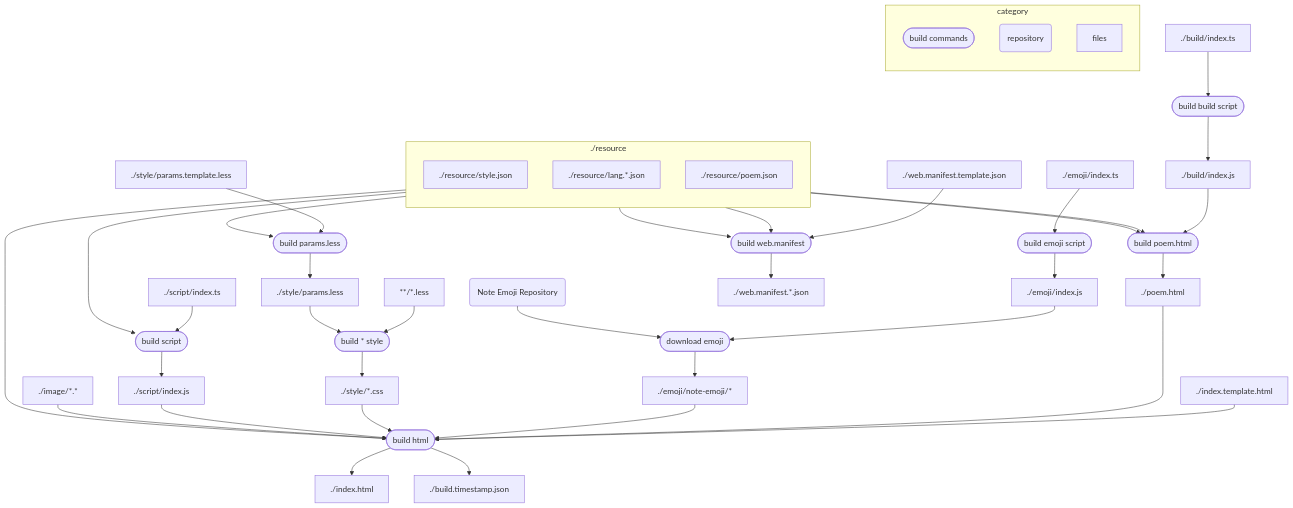
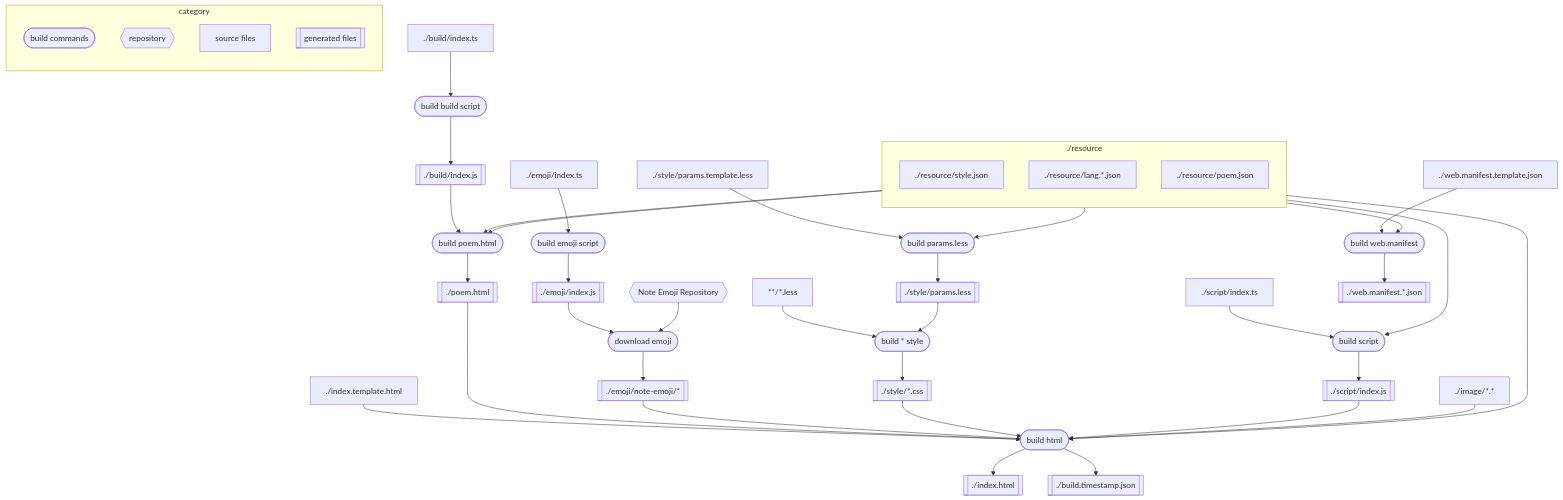
Before and after one commit to wraith13/cyclic-todo: the diagram in README.md, drawn with Mermaid. The commit also changed 7 other files, not shown here.

````diff
--- a/README.md
+++ b/README.md
@@ -40,39 +40,39 @@
 ```mermaid
 graph TB;
     subgraph category
         direction TB;
         bc([build commands]);
-        r(repository);
-        files;
+        r{{repository}};
+        sf[source files];
+        gf[[generated files]];
     end
     subgraph ./resource
         direction TB;
         ./resource/style.json;
         ./resource/lang.*.json;
         ./resource/poem.json;
     end
     ./resource/lang.*.json-->bph([build poem.html]);
-    ./resource/lang.*.json-->bwm([build web.manifest])
     ./resource/style.json-->bpl([build params.less]);
-    ./resource/style.json-->bwm([build web.manifest])
     ./resource/poem.json-->bph([build poem.html]);
     ./resource-->bs([build script]);
     ./resource-->bh([build html]);
-    ./emoji/index.ts-->bes([build emoji script])-->./emoji/index.js;
-    ./emoji/index.js-->de([download emoji])-->./emoji/note-emoji/*;
-    ner(Note Emoji Repository)-->de([download emoji]);
-    ./style/params.template.less-->bpl([build params.less])-->./style/params.less;
-    **/*.less-->bst([build * style])-->./style/*.css;
-    ./style/params.less-->bst([build * style])
-    ./build/index.ts-->bbs([build build script])-->./build/index.js;
-    ./build/index.js-->bph([build poem.html])-->./poem.html;
-    ./script/index.ts-->bs([build script])-->./script/index.js;
-    ./index.template.html-->bh([build html])-->./index.html;
-    ./poem.html-->bh([build html]);
-    ./emoji/note-emoji/*-->bh([build html]);
-    ./style/*.css-->bh([build html]);
-    ./script/index.js-->bh([build html]);
+    ./resource-->bwm([build web.manifest])
+    ./emoji/index.ts-->bes([build emoji script])-->ej[[./emoji/index.js]];
+    ej[[./emoji/index.js]]-->de([download emoji])-->ene[[./emoji/note-emoji/*]];
+    ner{{Note Emoji Repository}}-->de([download emoji]);
+    ./style/params.template.less-->bpl([build params.less])-->spl[[./style/params.less]];
+    **/*.less-->bst([build * style])-->sc[[./style/*.css]];
+    spl[[./style/params.less]]-->bst([build * style])
+    ./build/index.ts-->bbs([build build script])-->bj[[./build/index.js]];
+    bj[[./build/index.js]]-->bph([build poem.html])-->ph[[./poem.html]];
+    ./script/index.ts-->bs([build script])-->sj[[./script/index.js]];
+    ./index.template.html-->bh([build html])-->ih[[./index.html]];
+    ph[[./poem.html]]-->bh([build html]);
+    ene[[./emoji/note-emoji/*]]-->bh([build html]);
+    sc[[./style/*.css]]-->bh([build html]);
+    sj[[./script/index.js]]-->bh([build html]);
     ./image/*.*-->bh([build html]);
-    bh([build html])-->./build.timestamp.json;
-    ./web.manifest.template.json-->bwm([build web.manifest])-->./web.manifest.*.json;
+    bh([build html])-->btj[[./build.timestamp.json]];
+    ./web.manifest.template.json-->bwm([build web.manifest])-->wmj[[./web.manifest.*.json]];
 ```
````
